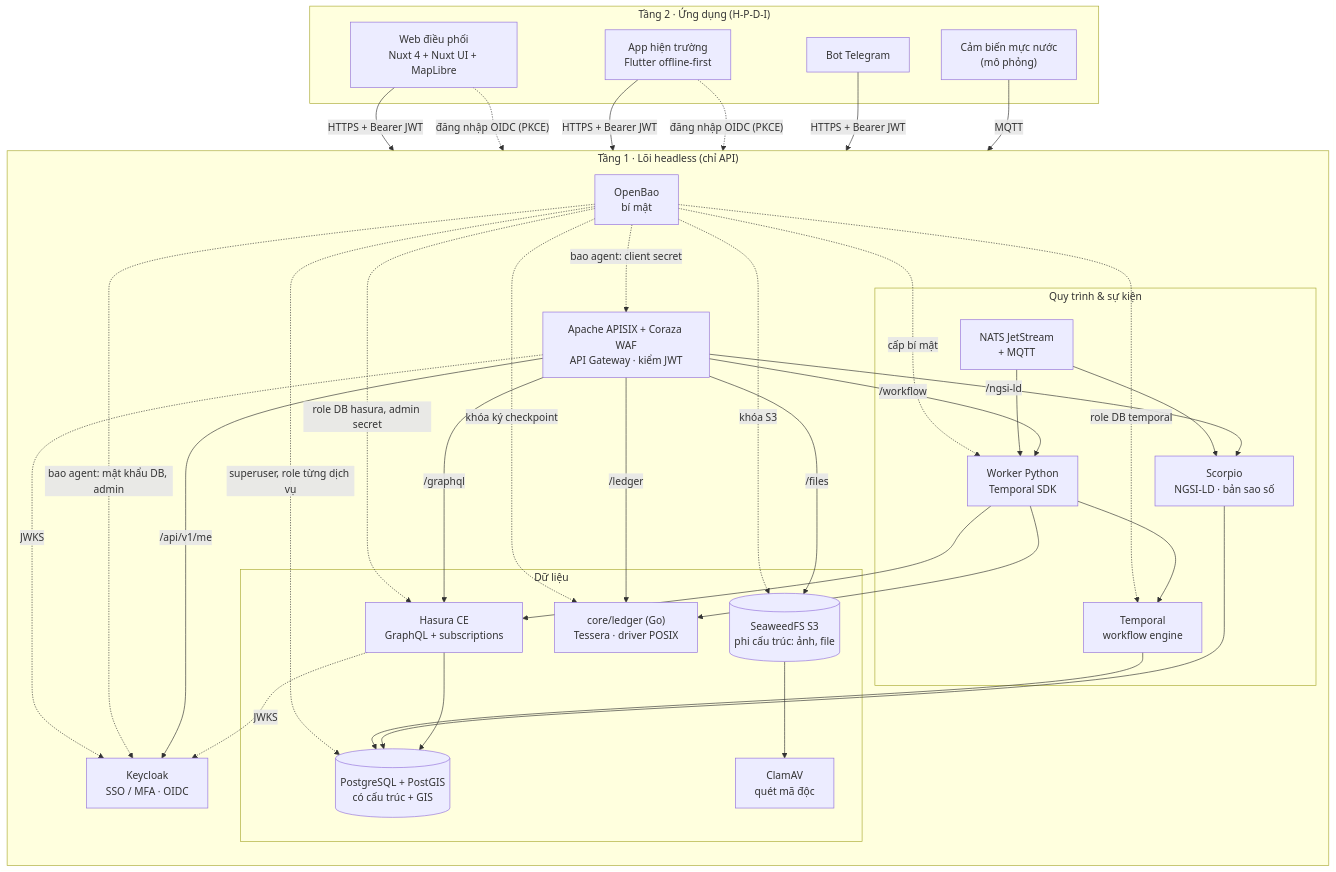
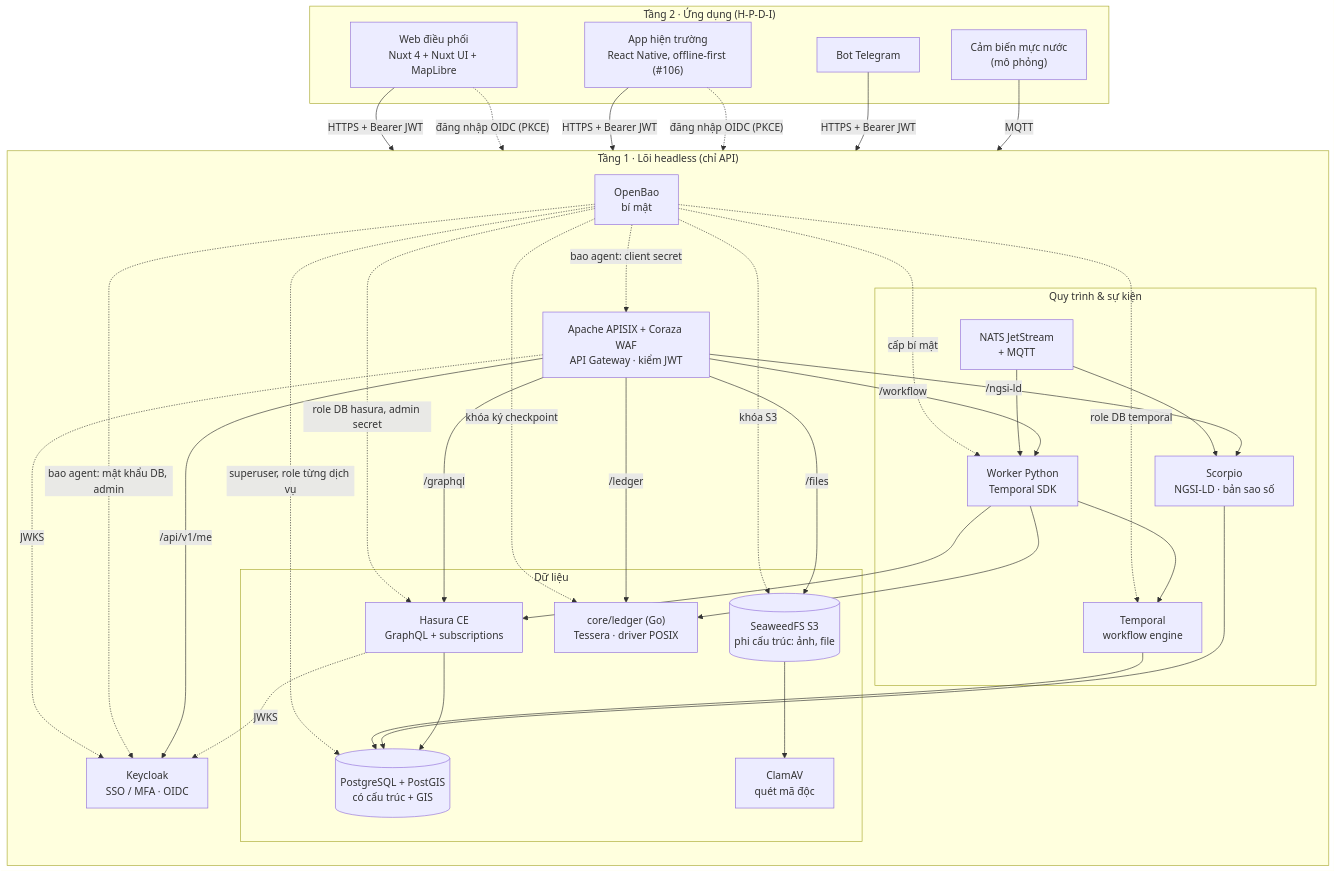
The first of 22 diagrams in docs/architecture.md (disaster-dxos/disaster-dxos), drawn with Mermaid before and after one commit. The commit also changed other lines of this file and 148 other files, not shown here.

First line of the commit message:
feat(mobile): app hiện trường React Native, hàng đợi offline có khóa idempotency, API nhận Idempotency-Key (#106)

````diff
--- a/docs/architecture.md
+++ b/docs/architecture.md
@@ -16,62 +16,62 @@
 ```mermaid
 flowchart TB
   subgraph T2["Tầng 2 · Ứng dụng (H-P-D-I)"]
     WEB["Web điều phối<br/>Nuxt 4 + Nuxt UI + MapLibre"]
-    APP["App hiện trường<br/>Flutter offline-first"]
+    APP["App hiện trường<br/>React Native, offline-first (#106)"]
     BOT["Bot Telegram"]
     SENSOR["Cảm biến mực nước<br/>(mô phỏng)"]
   end
 
   subgraph T1["Tầng 1 · Lõi headless (chỉ API)"]
     direction TB
     GW["Apache APISIX + Coraza WAF<br/>API Gateway · kiểm JWT"]
     KC["Keycloak<br/>SSO / MFA · OIDC"]
     BAO["OpenBao<br/>bí mật"]
 
     subgraph DATA["Dữ liệu"]
       PG[("PostgreSQL + PostGIS<br/>có cấu trúc + GIS")]
       HS["Hasura CE<br/>GraphQL + subscriptions"]
       SW[("SeaweedFS S3<br/>phi cấu trúc: ảnh, file")]
       AV["ClamAV<br/>quét mã độc"]
       TL["core/ledger (Go)<br/>Tessera · driver POSIX"]
     end
 
     subgraph FLOW["Quy trình & sự kiện"]
       TP["Temporal<br/>workflow engine"]
       WK["Worker Python<br/>Temporal SDK"]
       NATS["NATS JetStream<br/>+ MQTT"]
       SC["Scorpio<br/>NGSI-LD · bản sao số"]
     end
   end
 
   WEB & APP & BOT -->|"HTTPS + Bearer JWT"| GW
   WEB & APP -.->|"đăng nhập OIDC (PKCE)"| KC
   SENSOR -->|"MQTT"| NATS
 
   GW -->|"/api/v1/me"| KC
   GW -->|"/graphql"| HS
   GW -->|"/files"| SW
   GW -->|"/workflow"| WK
   GW -->|"/ngsi-ld"| SC
   GW -->|"/ledger"| TL
 
   HS --> PG
   SC --> PG
   TP --> PG
   WK --> TP
   WK --> HS
   WK --> TL
   SW --> AV
   NATS --> WK
   NATS --> SC
   BAO -.->|"bao agent: mật khẩu DB, admin"| KC
   BAO -.->|"bao agent: client secret"| GW
   BAO -.->|"cấp bí mật"| WK
   BAO -.->|"role DB hasura, admin secret"| HS
   BAO -.->|"superuser, role từng dịch vụ"| PG
   BAO -.->|"role DB temporal"| TP
   BAO -.->|"khóa S3"| SW
   BAO -.->|"khóa ký checkpoint"| TL
   GW -.->|"JWKS"| KC
   HS -.->|"JWKS"| KC
 ```
````
